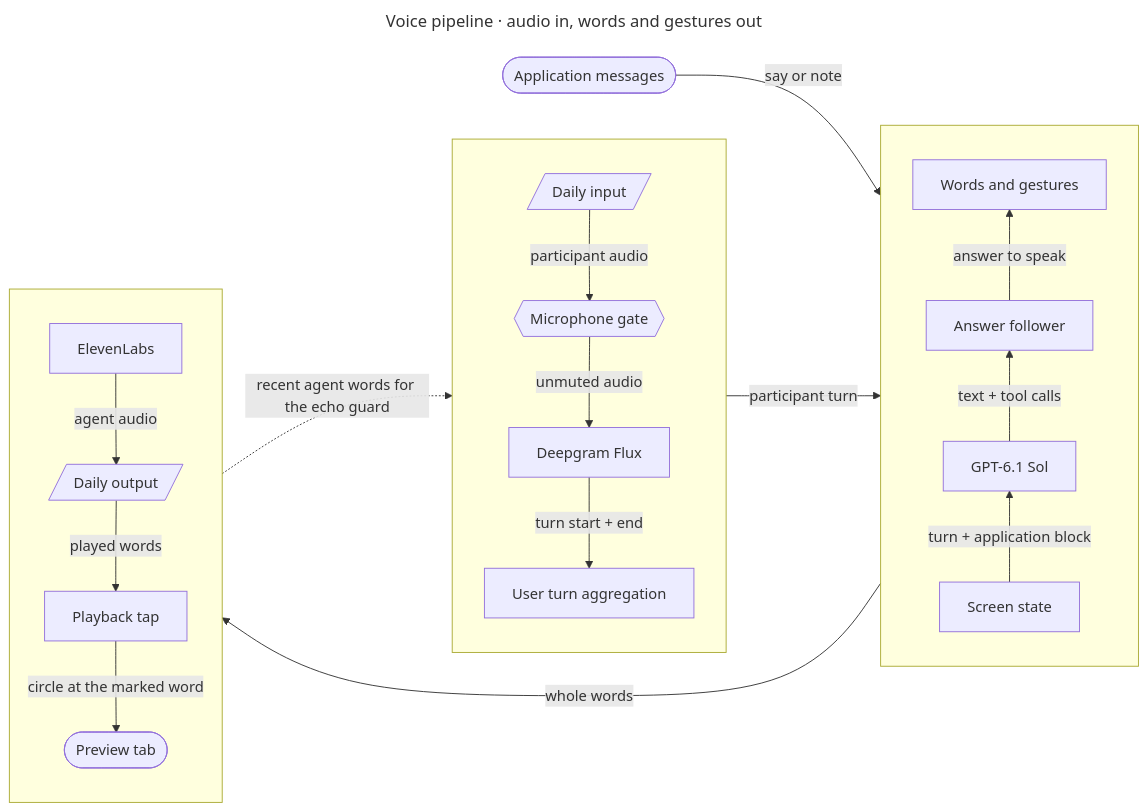
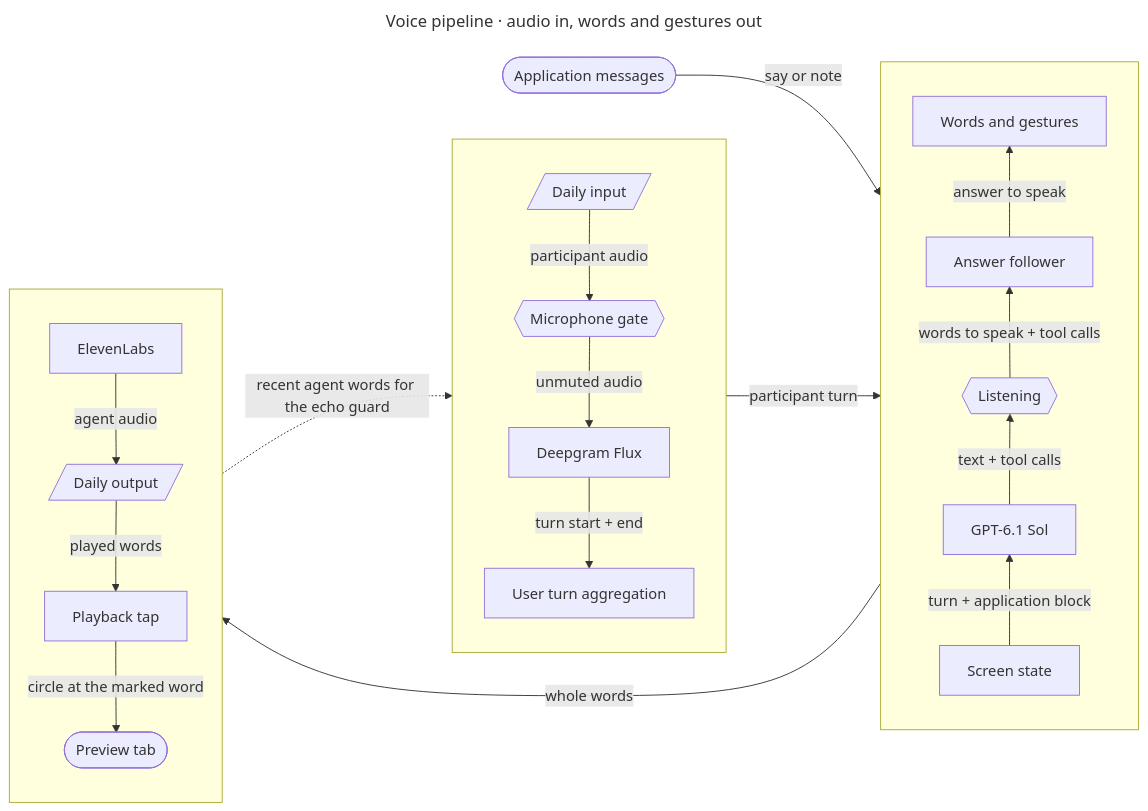
The diagram in docs/diagrams/pele/interview-and-voice-pipeline.mmd (rithm84/userTrace), drawn with Mermaid before and after one commit. The commit also changed 12 other files, not shown here.

```diff
--- a/docs/diagrams/pele/interview-and-voice-pipeline.mmd
+++ b/docs/diagrams/pele/interview-and-voice-pipeline.mmd
@@ -1,37 +1,38 @@
 ---
 title: Voice pipeline · audio in, words and gestures out
 ---
 flowchart LR
   subgraph row_hear [" "]
     direction TB
     daily_in[/Daily input/]:::external
     mic{{Microphone gate}}:::gate
     flux[Deepgram Flux]:::reasoning
     turns[User turn aggregation]:::runtime
     daily_in -->|participant audio| mic -->|unmuted audio| flux -->|turn start + end| turns
   end
 
   subgraph row_answer [" "]
     direction BT
     screen[Screen state]:::runtime
     sol[GPT-6.1 Sol]:::reasoning
+    listening{{Listening}}:::gate
     follower[Answer follower]:::runtime
     words[Words and gestures]:::runtime
-    screen -->|turn + application block| sol -->|text + tool calls| follower -->|answer to speak| words
+    screen -->|turn + application block| sol -->|text + tool calls| listening -->|words to speak + tool calls| follower -->|answer to speak| words
   end
 
   subgraph row_speak [" "]
     direction TB
     eleven[ElevenLabs]:::reasoning
     daily_out[/Daily output/]:::external
     tap[Playback tap]:::runtime
     preview([Preview tab]):::observation
     eleven -->|agent audio| daily_out -->|played words| tap -->|circle at the marked word| preview
   end
 
   cues([Application messages]):::runtime
 
   turns -->|participant turn| screen
   words -->|whole words| eleven
   cues -->|say or note| sol
   tap async_1@-.->|recent agent words for the echo guard| turns
```
